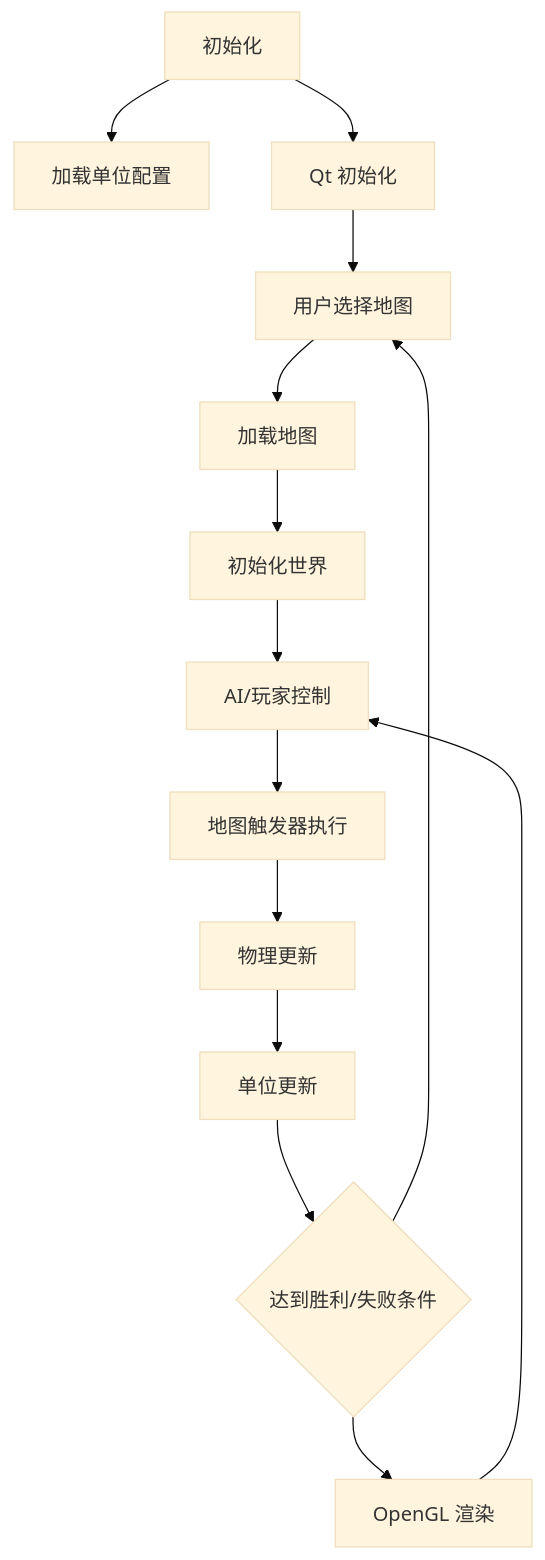
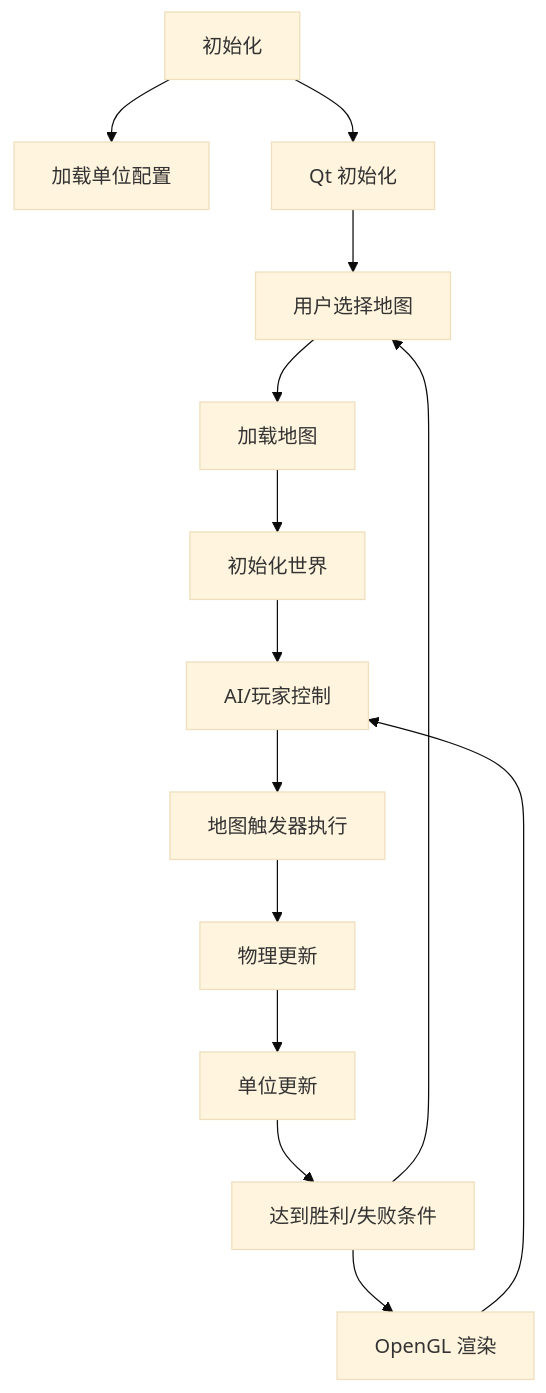
Before and after one commit to k88936/UnRustedWarfare: the diagram in doc_ch.md, drawn with Mermaid (base theme). The commit also changed other lines of this file and 7 other files, not shown here.

````diff
--- a/doc_ch.md
+++ b/doc_ch.md
@@ -36,16 +41,16 @@
 ```mermaid
 graph TD
     A[初始化] --> B[加载单位配置]
     A --> C[Qt 初始化]
     C --> D[用户选择地图]
     D --> E[加载地图]
     E --> F[初始化世界]
     F --> G[AI/玩家控制]
     G --> H[地图触发器执行]
     H --> I[物理更新]
     I --> J[单位更新]
-    J --> K{达到胜利/失败条件}
-K --> D
-K --> L[OpenGL 渲染]
-L --> G
+    J --> K[达到胜利/失败条件]
+    K --> D
+    K --> L[OpenGL 渲染]
+    L --> G
 ```
````
